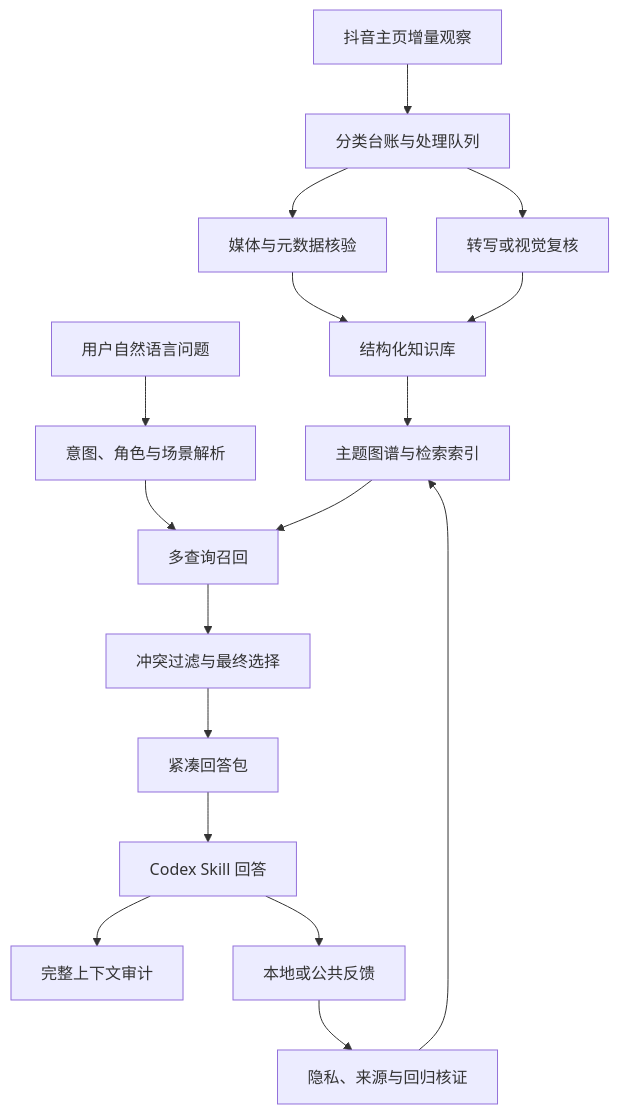
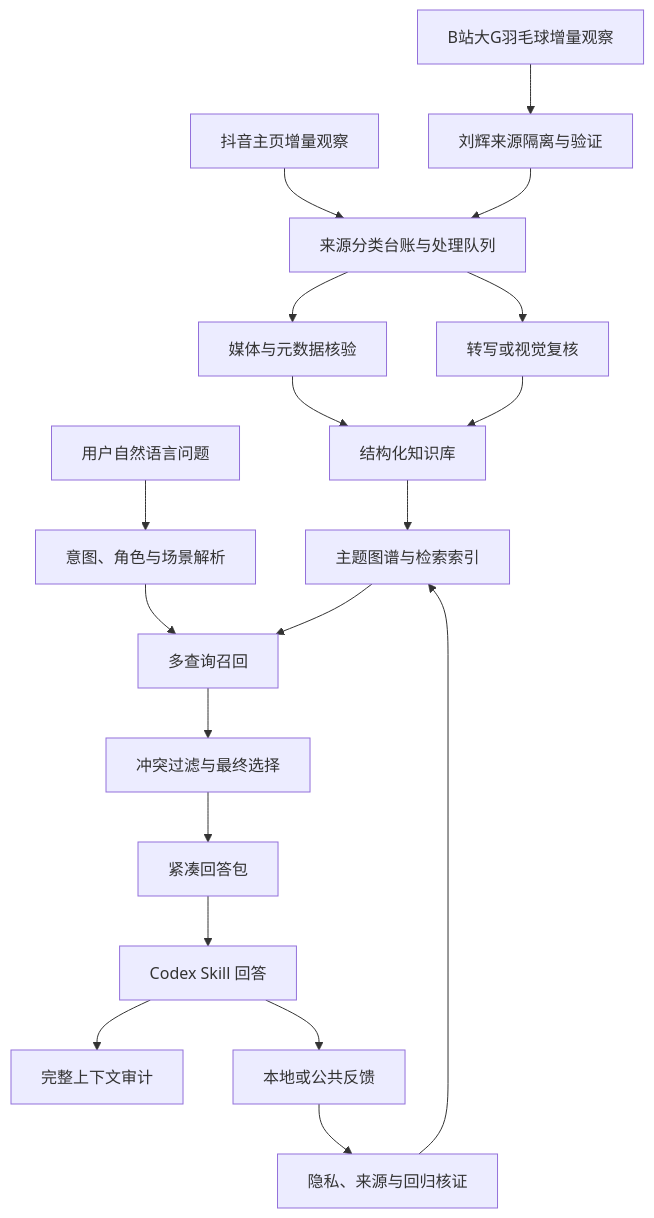
The diagram in README.md (MuyuanGuo/badminton-skills-coach), drawn with Mermaid before and after one commit. The commit also changed other lines of this file and 16 other files, not shown here.

````diff
--- a/README.md
+++ b/README.md
@@ -81,19 +82,21 @@
 ```mermaid
 flowchart TD
-    A["抖音主页增量观察"] --> B["分类台账与处理队列"]
+    A1["抖音主页增量观察"] --> B["来源分类台账与处理队列"]
+    A2["B站大G羽毛球增量观察"] --> O["刘辉来源隔离与验证"]
+    O --> B
     B --> C["媒体与元数据核验"]
     B --> D["转写或视觉复核"]
     C --> E["结构化知识库"]
     D --> E
     E --> F["主题图谱与检索索引"]
     Q["用户自然语言问题"] --> G["意图、角色与场景解析"]
     G --> H["多查询召回"]
     F --> H
     H --> I["冲突过滤与最终选择"]
     I --> J["紧凑回答包"]
     J --> K["Codex Skill 回答"]
     K --> L["完整上下文审计"]
     K --> M["本地或公共反馈"]
     M --> N["隐私、来源与回归核证"]
     N --> F
 ```
````
